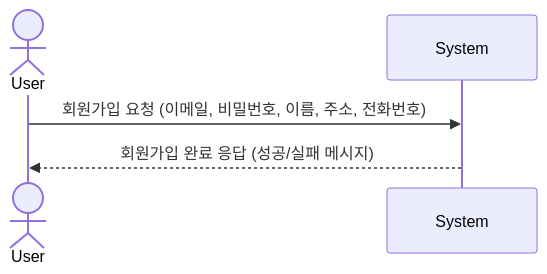
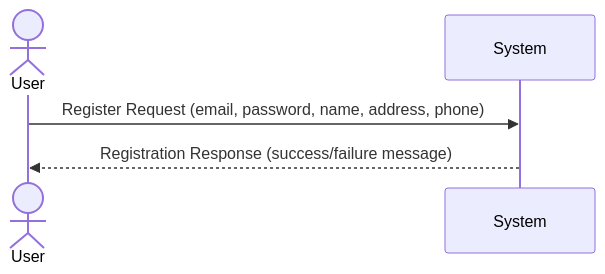
Before and after one commit to Ddogan-zip/ddoganzip-backend: the first of 11 diagrams in docs/system-sequence-diagrams.md, drawn with Mermaid. The commit also changed other lines of this file, not shown here.

First line of the commit message:
Update sequence diagram messages to English

````diff
--- a/docs/system-sequence-diagrams.md
+++ b/docs/system-sequence-diagrams.md
@@ -5,8 +5,8 @@
 ```mermaid
 sequenceDiagram
     actor User
     participant System
 
-    User->>System: 회원가입 요청 (이메일, 비밀번호, 이름, 주소, 전화번호)
-    System-->>User: 회원가입 완료 응답 (성공/실패 메시지)
+    User->>System: Register Request (email, password, name, address, phone)
+    System-->>User: Registration Response (success/failure message)
 ```
````
